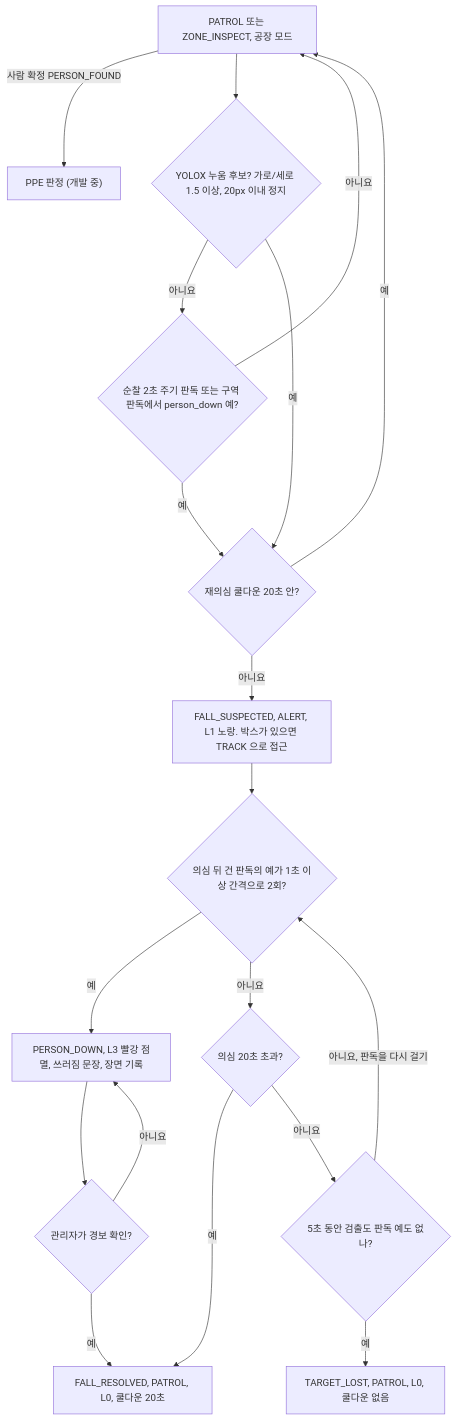
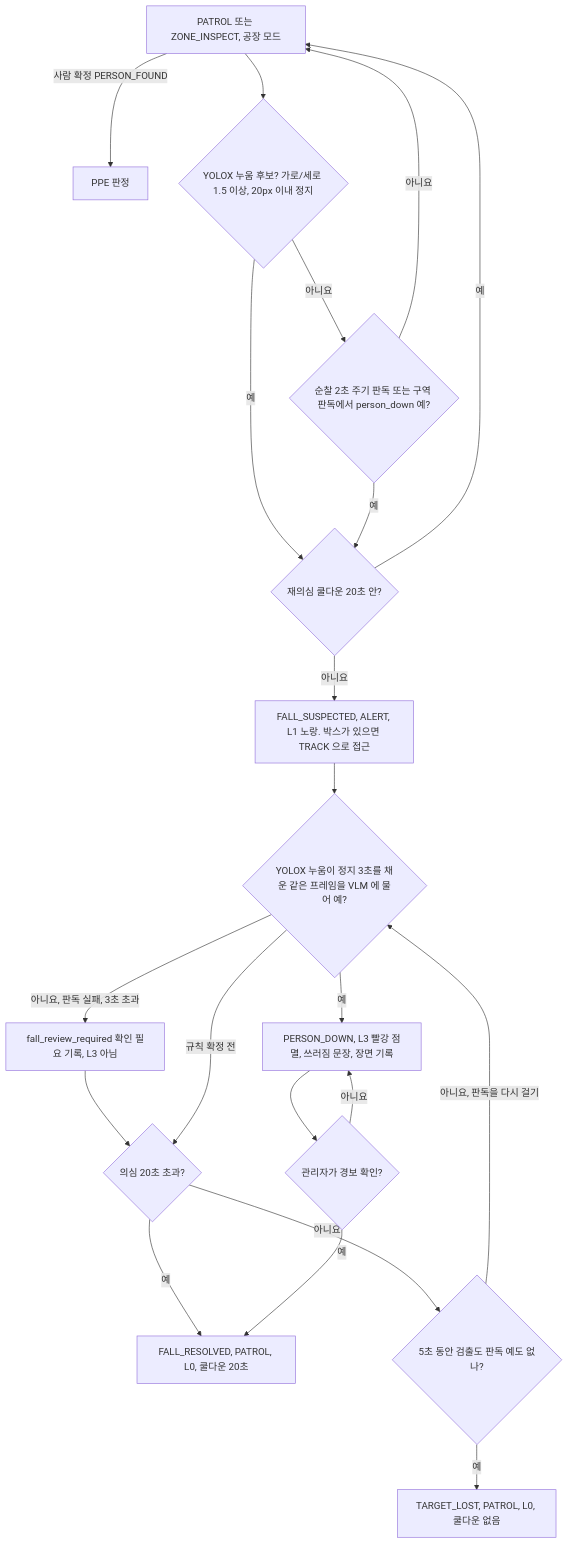
One commit to PJW-1/mechadog changed the diagram in docs/features/factory-fall.md. Above: the diagram before and after it, drawn with Mermaid. The commit also changed other lines of this file and 885 other files, not shown here.

````diff
--- a/docs/features/factory-fall.md
+++ b/docs/features/factory-fall.md
@@ -8,21 +8,23 @@
 ```mermaid
 flowchart TD
-  A["PATROL 또는 ZONE_INSPECT, 공장 모드"] -->|사람 확정 PERSON_FOUND| PPE["PPE 판정 (개발 중)"]
+  A["PATROL 또는 ZONE_INSPECT, 공장 모드"] -->|사람 확정 PERSON_FOUND| PPE["PPE 판정"]
   A --> B{"YOLOX 누움 후보? 가로/세로 1.5 이상, 20px 이내 정지"}
   B -->|아니요| C{"순찰 2초 주기 판독 또는 구역 판독에서 person_down 예?"}
   C -->|아니요| A
   B -->|예| CD{"재의심 쿨다운 20초 안?"}
   C -->|예| CD
   CD -->|예| A
   CD -->|아니요| S["FALL_SUSPECTED, ALERT, L1 노랑. 박스가 있으면 TRACK 으로 접근"]
-  S --> R{"의심 뒤 건 판독의 예가 1초 이상 간격으로 2회?"}
+  S --> R{"YOLOX 누움이 정지 3초를 채운 같은 프레임을 VLM 에 물어 예?"}
   R -->|예| PD["PERSON_DOWN, L3 빨강 점멸, 쓰러짐 문장, 장면 기록"]
-  R -->|아니요| T{"의심 20초 초과?"}
+  R -->|아니요, 판독 실패, 3초 초과| RV["fall_review_required 확인 필요 기록, L3 아님"]
+  RV --> T
+  R -->|규칙 확정 전| T{"의심 20초 초과?"}
   T -->|예| RES["FALL_RESOLVED, PATROL, L0, 쿨다운 20초"]
   T -->|아니요| U{"5초 동안 검출도 판독 예도 없나?"}
   U -->|예| END["TARGET_LOST, PATROL, L0, 쿨다운 없음"]
   U -->|아니요, 판독을 다시 걸기| R
   PD --> M{"관리자가 경보 확인?"}
   M -->|예| RES
   M -->|아니요| PD
 ```
````
